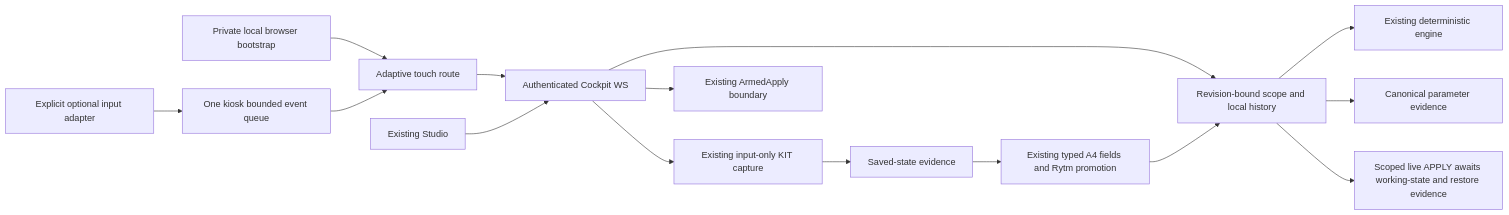
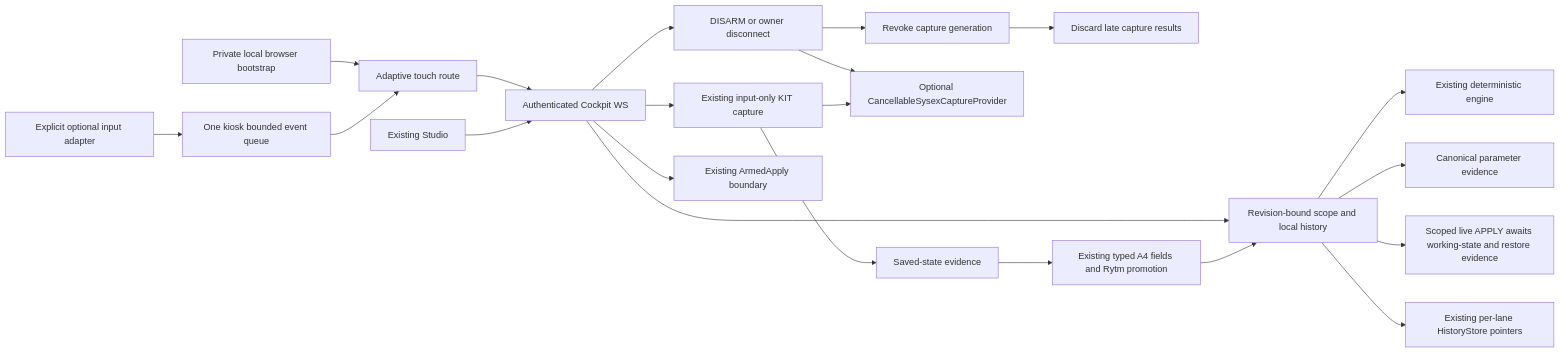
Before and after one commit to buzzijose-hub/RytmRandomizer: the first of 38 diagrams in docs/ARCHITECTURE_DIAGRAMS.md, drawn with Mermaid. The commit also changed 10 other files, not shown here.

````diff
--- a/docs/ARCHITECTURE_DIAGRAMS.md
+++ b/docs/ARCHITECTURE_DIAGRAMS.md
@@ -5,17 +5,23 @@
 ```mermaid
 flowchart LR
   Touch[Adaptive touch route] --> WS[Authenticated Cockpit WS]
   Studio[Existing Studio] --> WS
   Kiosk[Private local browser bootstrap] --> Touch
   WS --> Scope[Revision-bound scope and local history]
   Scope --> Engine[Existing deterministic engine]
   Scope --> Catalog[Canonical parameter evidence]
   WS --> Capture[Existing input-only KIT capture]
+  WS --> Cancel[DISARM or owner disconnect]
+  Cancel --> Generation[Revoke capture generation]
+  Cancel --> Provider[Optional CancellableSysexCaptureProvider]
+  Capture --> Provider
+  Generation --> Late[Discard late capture results]
   Capture --> Saved[Saved-state evidence]
   Saved --> Native[Existing typed A4 fields and Rytm promotion]
   Native --> Scope
   Pins[Explicit optional input adapter] --> Queue[One kiosk bounded event queue]
   Queue --> Touch
   WS --> Armed[Existing ArmedApply boundary]
   Scope --> Block[Scoped live APPLY awaits working-state and restore evidence]
+  Scope --> History[Existing per-lane HistoryStore pointers]
 ```
````
